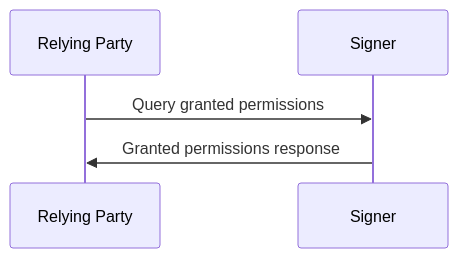
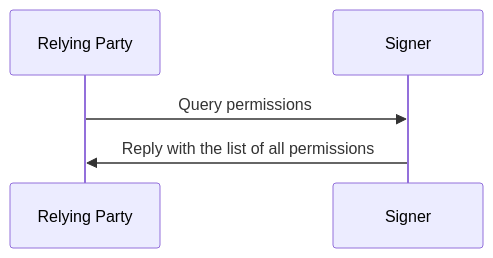
Before and after one commit to dfinity/wg-identity-authentication: the second of 3 diagrams in topics/icrc_25_signer_interaction_standard.md, drawn with Mermaid. The commit also changed other lines of this file, not shown here.

Commit message:
docs: typo granted in permissions (#202)

````diff
--- a/topics/icrc_25_signer_interaction_standard.md
+++ b/topics/icrc_25_signer_interaction_standard.md
@@ -235,8 +235,8 @@
 ```mermaid
 sequenceDiagram
     participant RP as Relying Party
     participant S as Signer
 
-    RP ->> S: Query granted permissions
-    S ->> RP: Granted permissions response
+    RP ->> S: Query permissions
+    S ->> RP: Reply with the list of all permissions
 ```
````
